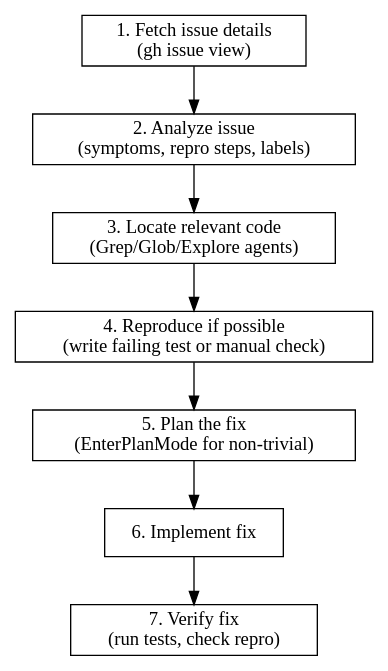
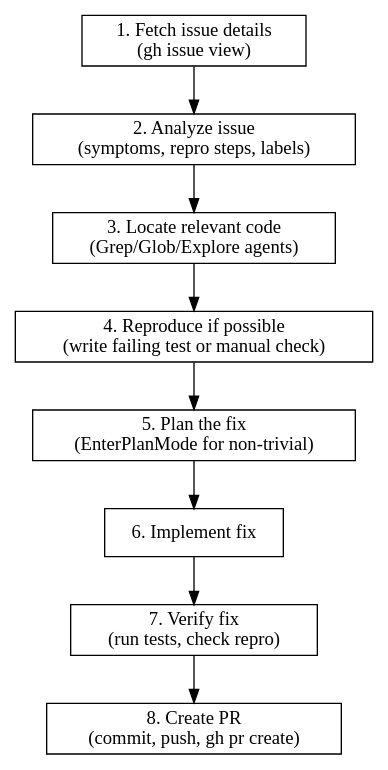
One commit to bytebase/dbhub changed the diagram in .claude/skills/fix-bug/SKILL.md. Above: the diagram before and after it, drawn with Graphviz. The commit also changed other lines of this file, not shown here.

First line of the commit message:
Squashed commit of the following:

````diff
--- a/.claude/skills/fix-bug/SKILL.md
+++ b/.claude/skills/fix-bug/SKILL.md
@@ -14,16 +14,17 @@
 ```dot
 digraph fix_bug {
     rankdir=TB;
     node [shape=box];
 
     fetch [label="1. Fetch issue details\n(gh issue view)"];
     analyze [label="2. Analyze issue\n(symptoms, repro steps, labels)"];
     locate [label="3. Locate relevant code\n(Grep/Glob/Explore agents)"];
     reproduce [label="4. Reproduce if possible\n(write failing test or manual check)"];
     plan [label="5. Plan the fix\n(EnterPlanMode for non-trivial)"];
     implement [label="6. Implement fix"];
     verify [label="7. Verify fix\n(run tests, check repro)"];
+    pr [label="8. Create PR\n(commit, push, gh pr create)"];
 
-    fetch -> analyze -> locate -> reproduce -> plan -> implement -> verify;
+    fetch -> analyze -> locate -> reproduce -> plan -> implement -> verify -> pr;
 }
 ```
````
